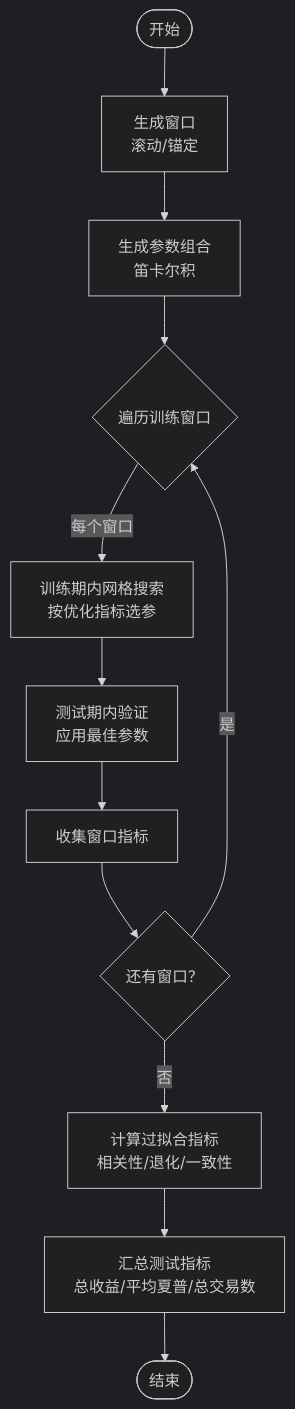
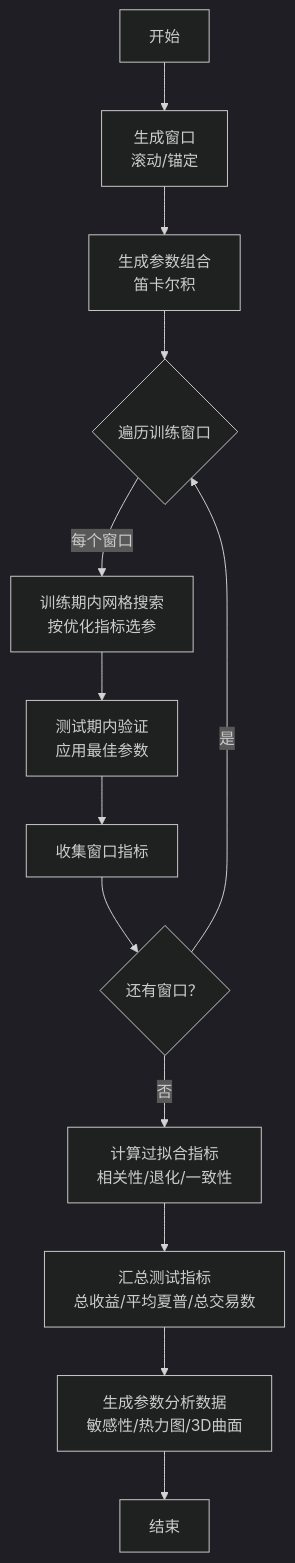
The third of 5 diagrams in .qoder/repowiki/zh/content/核心功能详解/Walk-Forward参数优化.md (faryhuo/backtrader), drawn with Mermaid (dark theme) before and after one commit. The commit also changed other lines of this file and 15 other files, not shown here.

Commit message:
feat: Implement strategy version management with timeline, diff viewer, and rollback capabilities.

````diff
--- a/.qoder/repowiki/zh/content/核心功能详解/Walk-Forward参数优化.md
+++ b/.qoder/repowiki/zh/content/核心功能详解/Walk-Forward参数优化.md
@@ -173,14 +207,15 @@
 ```mermaid
 flowchart TD
-Start(["开始"]) --> GenWin["生成窗口<br/>滚动/锚定"]
+Start["开始"] --> GenWin["生成窗口<br/>滚动/锚定"]
 GenWin --> ParamGrid["生成参数组合<br/>笛卡尔积"]
 ParamGrid --> TrainLoop{"遍历训练窗口"}
 TrainLoop --> |每个窗口| TrainOpt["训练期内网格搜索<br/>按优化指标选参"]
 TrainOpt --> TestRun["测试期内验证<br/>应用最佳参数"]
 TestRun --> Collect["收集窗口指标"]
 Collect --> NextWin{"还有窗口？"}
 NextWin --> |是| TrainLoop
 NextWin --> |否| Overfit["计算过拟合指标<br/>相关性/退化/一致性"]
 Overfit --> Combine["汇总测试指标<br/>总收益/平均夏普/总交易数"]
-Combine --> End(["结束"])
+Combine --> PA["生成参数分析数据<br/>敏感性/热力图/3D曲面"]
+PA --> End["结束"]
 ```
````
